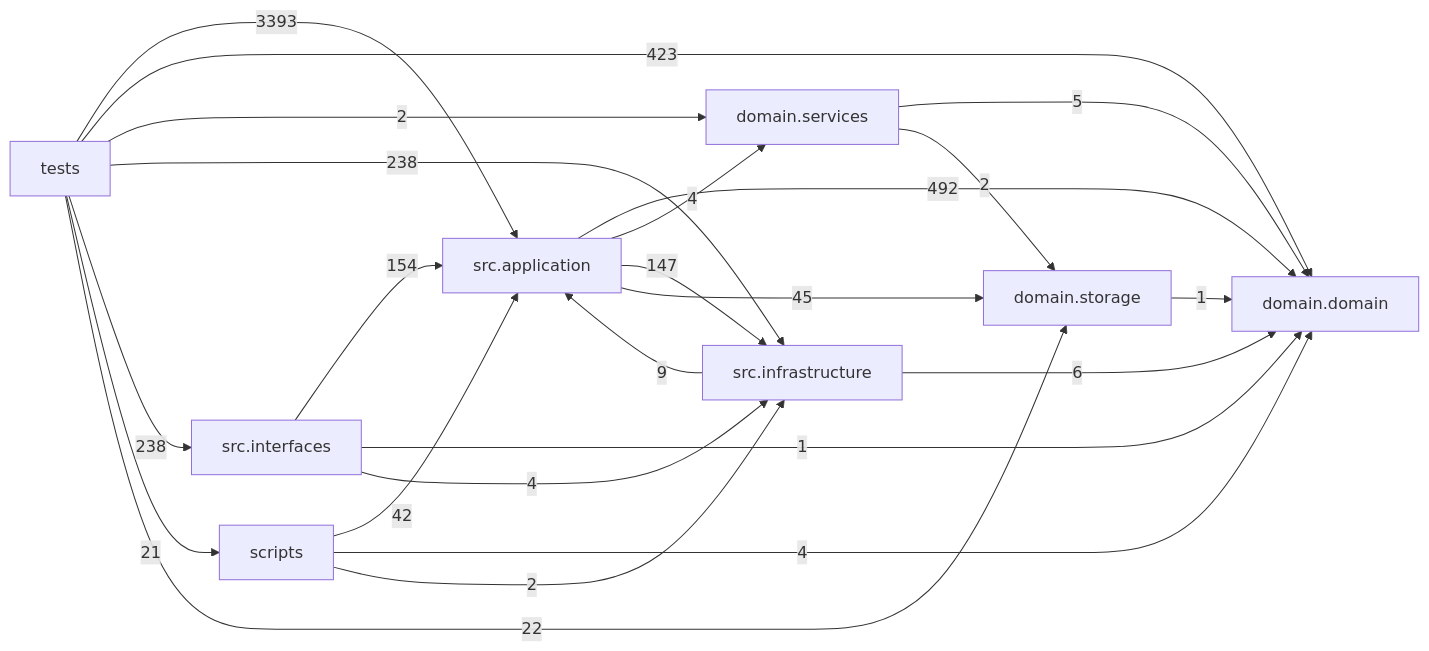
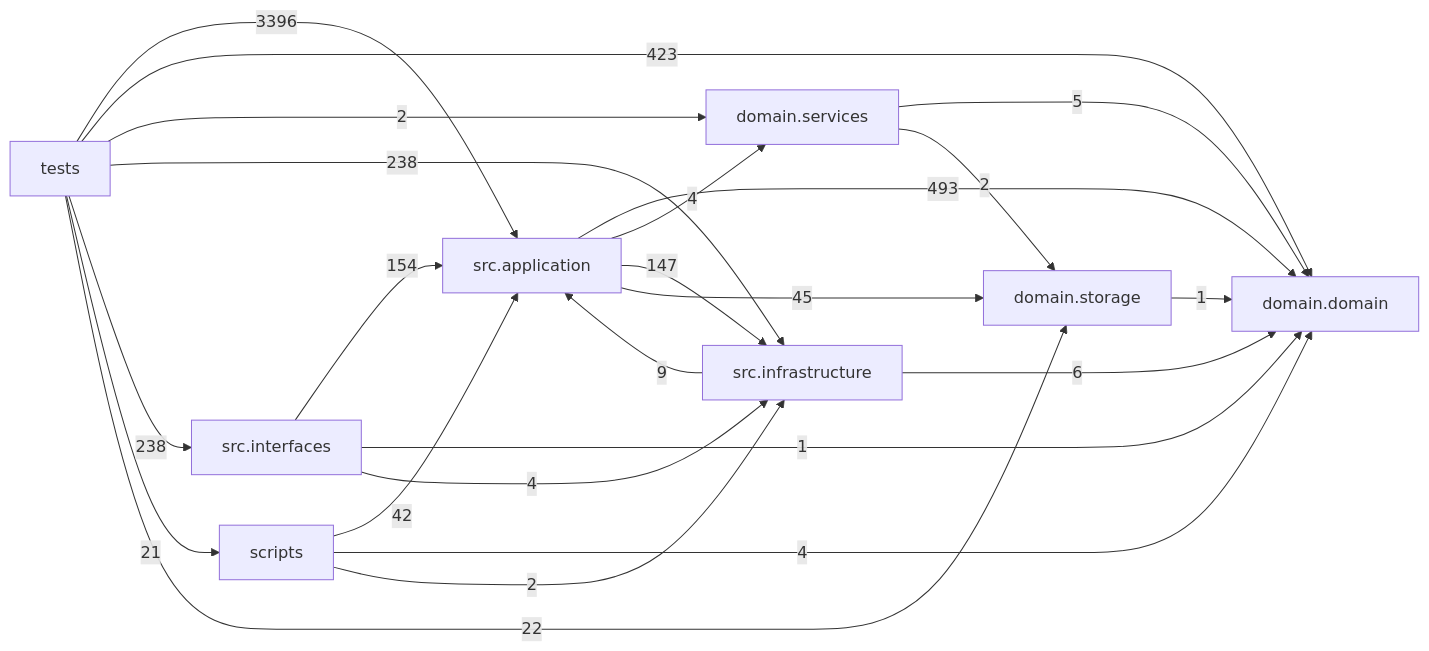
The diagram in docs/DEPENDENCY_GRAPH.md (liuxie066/options-monitor), drawn with Mermaid before and after one commit. The commit also changed other lines of this file and 3 other files, not shown here.

````diff
--- a/docs/DEPENDENCY_GRAPH.md
+++ b/docs/DEPENDENCY_GRAPH.md
@@ -24,33 +24,33 @@
 ```mermaid
 flowchart LR
   tests["tests"]
   scripts["scripts"]
   interfaces["src.interfaces"]
   application["src.application"]
   infrastructure["src.infrastructure"]
   domain_services["domain.services"]
   domain["domain.domain"]
   storage["domain.storage"]
-  application -->|492| domain
+  application -->|493| domain
   application -->|4| domain_services
   application -->|147| infrastructure
   application -->|45| storage
   domain_services -->|5| domain
   domain_services -->|2| storage
   infrastructure -->|9| application
   infrastructure -->|6| domain
   interfaces -->|154| application
   interfaces -->|1| domain
   interfaces -->|4| infrastructure
   scripts -->|42| application
   scripts -->|4| domain
   scripts -->|2| infrastructure
   storage -->|1| domain
-  tests -->|3393| application
+  tests -->|3396| application
   tests -->|423| domain
   tests -->|2| domain_services
   tests -->|238| infrastructure
   tests -->|238| interfaces
   tests -->|21| scripts
   tests -->|22| storage
 ```
````
